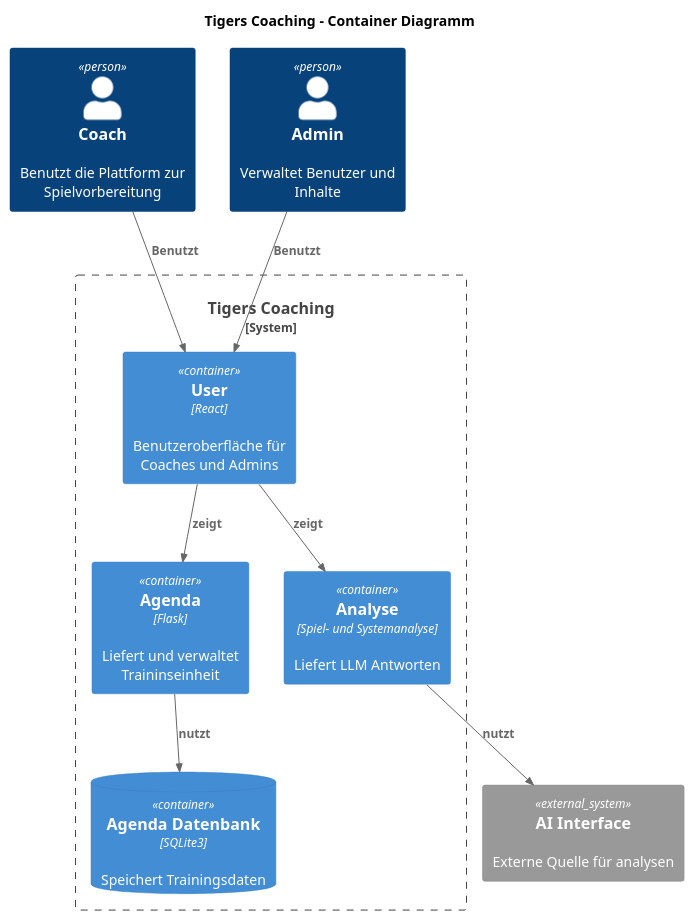
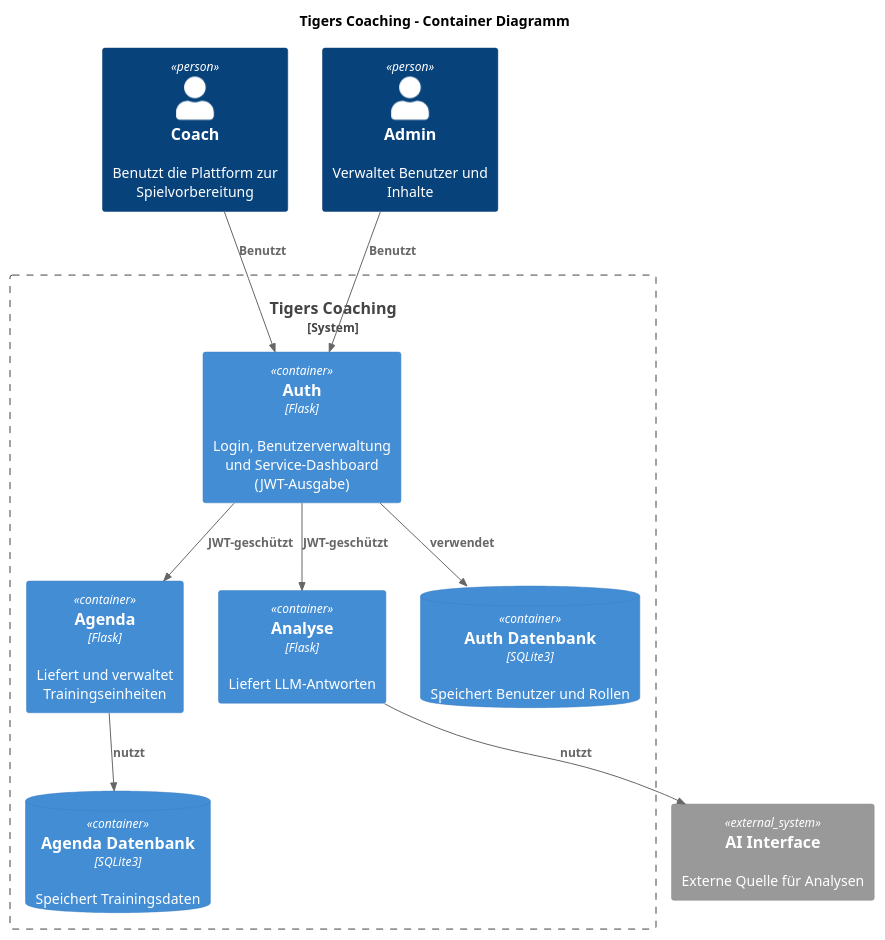
One commit to swisi/tt-agenda changed the diagram in README_Architektur.md. Above: the diagram before and after it, drawn with PlantUML. The commit also changed 4 other files, not shown here.

```diff
--- a/README_Architektur.md
+++ b/README_Architektur.md
@@ -1,28 +1,30 @@
-@startuml
+@startuml  
 !include <C4/C4_Container>
 
 title Tigers Coaching – Container Diagramm
 
-Person(coach, "Coach", "Benutzt die Plattform zur Spielvorbereitung")
+Person(coach, "Coach", "Benutzt die Plattform zur Spielvorbereitung")  
 Person(admin, "Admin", "Verwaltet Benutzer und Inhalte")
 
-System_Boundary(tc, "Tigers Coaching") {
-  Container(user, "User", "React", "Benutzeroberfläche für Coaches und Admins")
-  Container(agenda, "Agenda", "Flask", "Liefert und verwaltet Traininseinheit")
-  Container(analyse, "Analyse", "Spiel- und Systemanalyse", "Liefert LLM Antworten")
+System_Boundary(tc, "Tigers Coaching") {  
+Container(auth, "Auth", "Flask", "Login, Benutzerverwaltung und Service-Dashboard (JWT-Ausgabe)")  
+Container(agenda, "Agenda", "Flask", "Liefert und verwaltet Trainingseinheiten")  
+Container(analyse, "Analyse", "Flask", "Liefert LLM-Antworten")
 
-  ContainerDb(agendadb, "Agenda Datenbank", "SQLite3", "Speichert Trainingsdaten")
+ContainerDb(agendadb, "Agenda Datenbank", "SQLite3", "Speichert Trainingsdaten")  
+ContainerDb(authdb, "Auth Datenbank", "SQLite3", "Speichert Benutzer und Rollen")  
 }
 
-System_Ext(llm, "AI Interface", "Externe Quelle für analysen")
+System_Ext(llm, "AI Interface", "Externe Quelle für Analysen")
 
-Rel(coach, user, "Benutzt")
-Rel(admin, user, "Benutzt")
+Rel(coach, auth, "Benutzt")  
+Rel(admin, auth, "Benutzt")
 
-Rel(user, agenda, "zeigt")
-Rel(agenda, agendadb, "nutzt")
+Rel(auth, authdb, "verwendet")
+Rel(auth, agenda, "JWT-geschützt")  
+Rel(auth, analyse, "JWT-geschützt")
 
-Rel(user, analyse,"zeigt")
+Rel(agenda, agendadb, "nutzt")  
+Rel(analyse, llm, "nutzt")  
 
-Rel(analyse, llm, "nutzt")
 @enduml
```
